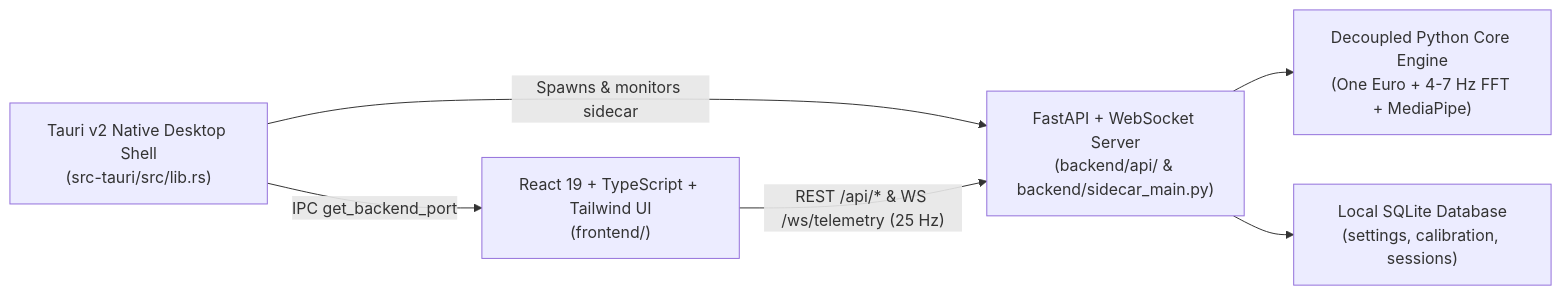
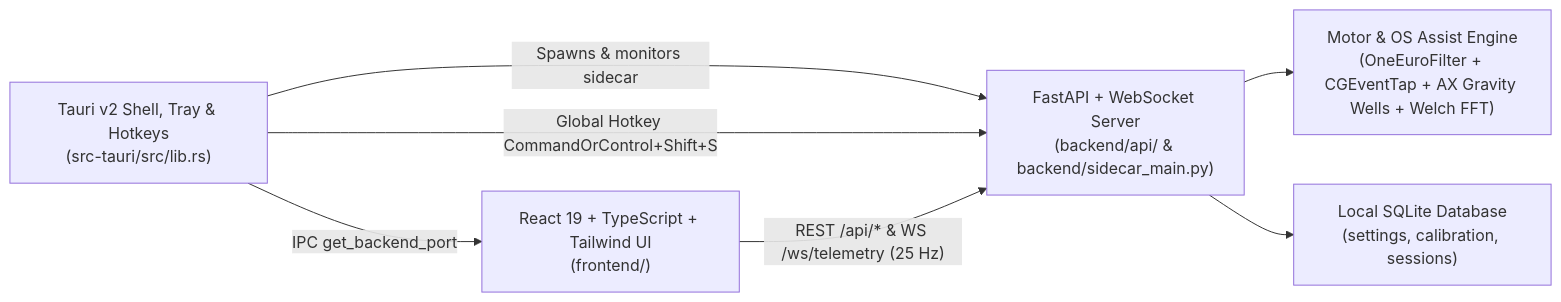
One commit to GitHappens-NatHacks/GitHappens changed the diagram in README.md. Above: the diagram before and after it, drawn with Mermaid. The commit also changed other lines of this file and 32 other files, not shown here.

Commit message:
Phase 4: Add OS cursor interception, Gravity Wells, tray/hotkeys, Home overview, and clinician PDF/CSV reports

````diff
--- a/README.md
+++ b/README.md
@@ -7,14 +7,15 @@
 ```mermaid
 flowchart LR
   UI["React 19 + TypeScript + Tailwind UI<br/>(frontend/)"]
-  Shell["Tauri v2 Native Desktop Shell<br/>(src-tauri/src/lib.rs)"]
+  Shell["Tauri v2 Shell, Tray &amp; Hotkeys<br/>(src-tauri/src/lib.rs)"]
   API["FastAPI + WebSocket Server<br/>(backend/api/ &amp; backend/sidecar_main.py)"]
-  Core["Decoupled Python Core Engine<br/>(One Euro + 4-7 Hz FFT + MediaPipe)"]
+  Core["Motor &amp; OS Assist Engine<br/>(OneEuroFilter + CGEventTap + AX Gravity Wells + Welch FFT)"]
   DB["Local SQLite Database<br/>(settings, calibration, sessions)"]
 
   Shell -->|"Spawns &amp; monitors sidecar"| API
+  Shell -->|"Global Hotkey CommandOrControl+Shift+S"| API
   Shell -->|"IPC get_backend_port"| UI
   UI -->|"REST /api/* &amp; WS /ws/telemetry (25 Hz)"| API
   API --> Core
   API --> DB
 ```
````
